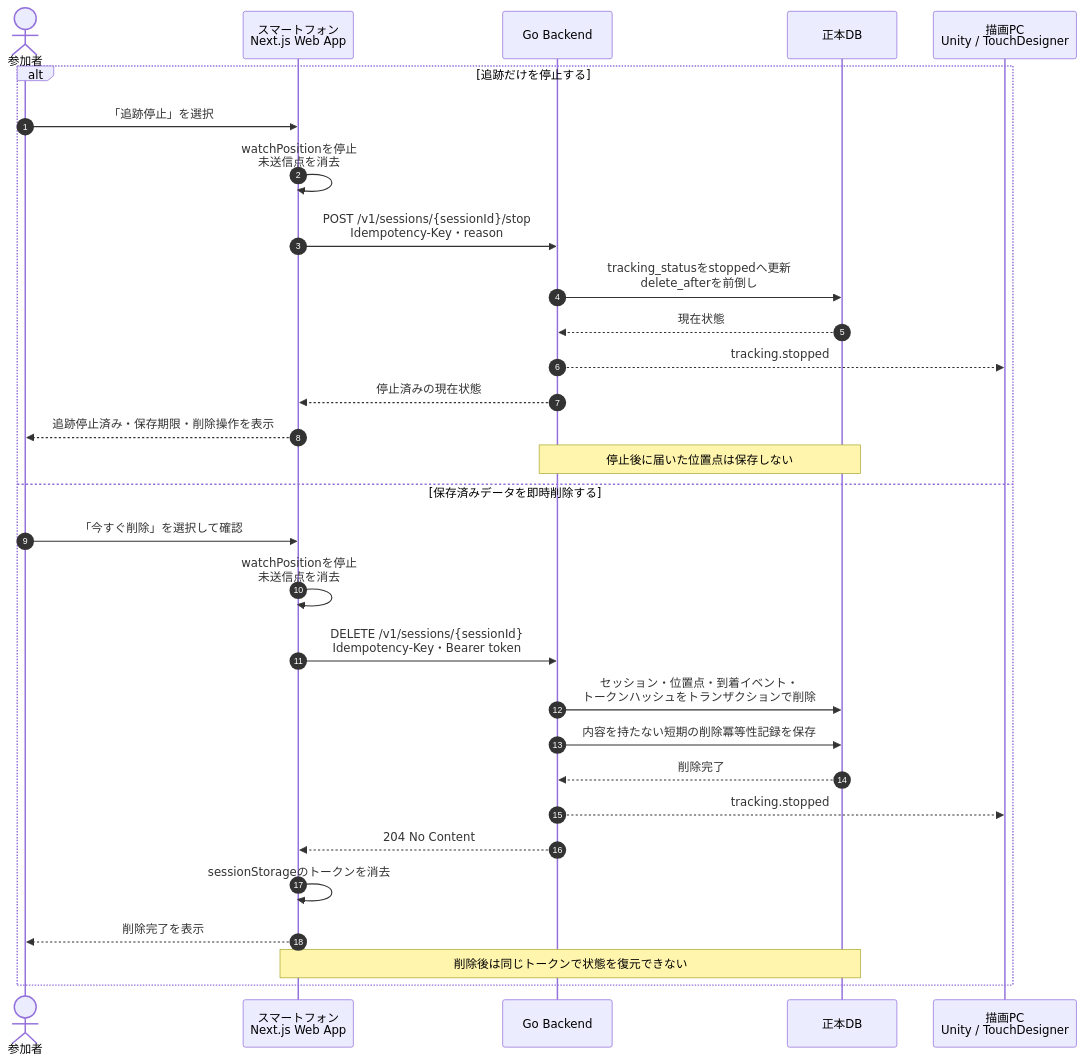
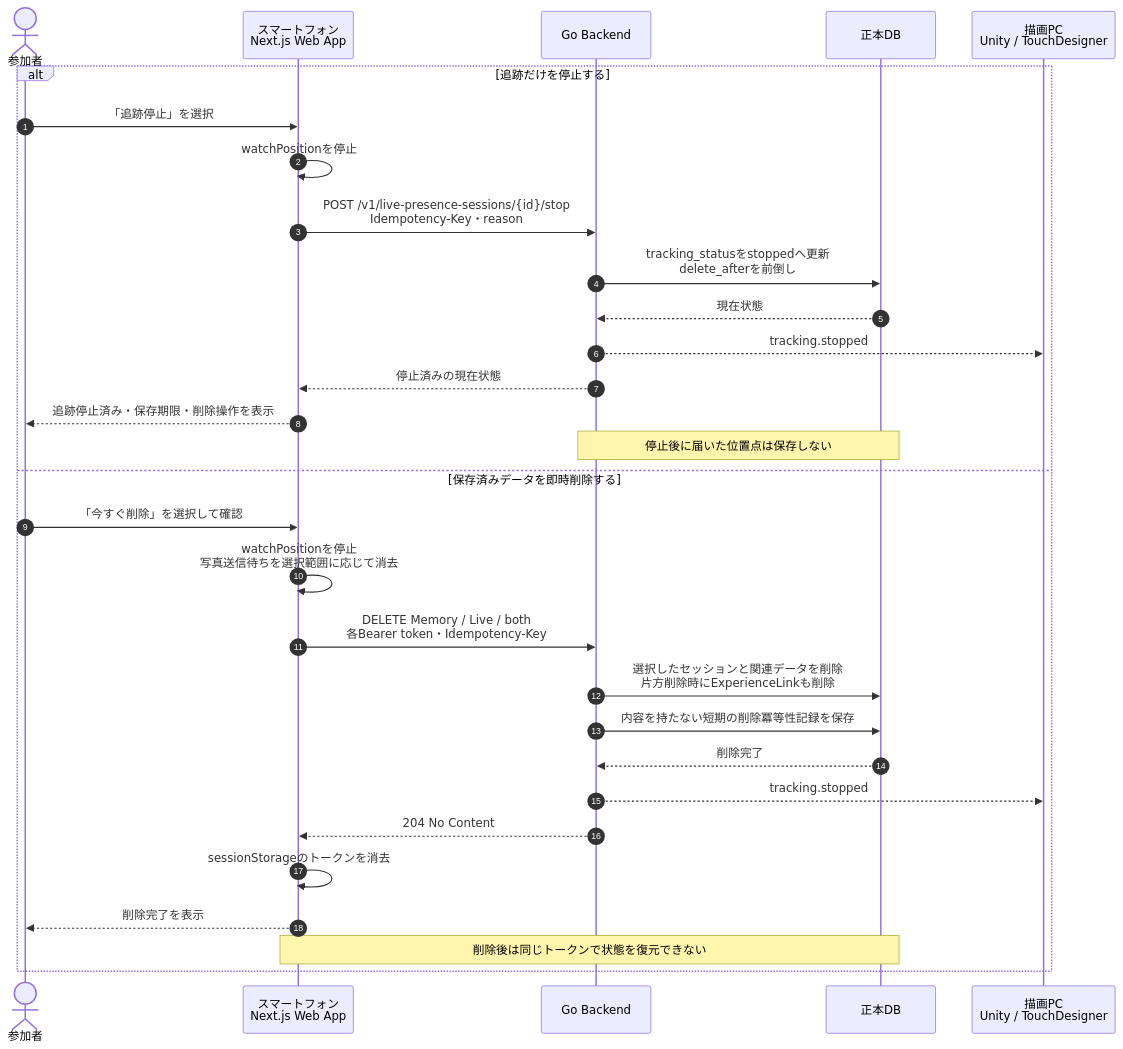
One commit to Mino829/trace-campus-installation changed the fifth of 6 diagrams in docs/uml-diagrams.md. Above: the diagram before and after it, drawn with Mermaid. The commit also changed other lines of this file and 17 other files, not shown here.

````diff
--- a/docs/uml-diagrams.md
+++ b/docs/uml-diagrams.md
@@ -314,33 +319,33 @@
 ```mermaid
 sequenceDiagram
     autonumber
     actor User as 参加者
     participant Browser as スマートフォン<br/>Next.js Web App
     participant API as Go Backend
     participant DB as 正本DB
     participant Renderer as 描画PC<br/>Unity / TouchDesigner
 
     alt 追跡だけを停止する
         User->>Browser: 「追跡停止」を選択
-        Browser->>Browser: watchPositionを停止<br/>未送信点を消去
-        Browser->>API: POST /v1/sessions/{sessionId}/stop<br/>Idempotency-Key・reason
+        Browser->>Browser: watchPositionを停止
+        Browser->>API: POST /v1/live-presence-sessions/{id}/stop<br/>Idempotency-Key・reason
         API->>DB: tracking_statusをstoppedへ更新<br/>delete_afterを前倒し
         DB-->>API: 現在状態
         API-->>Renderer: tracking.stopped
         API-->>Browser: 停止済みの現在状態
         Browser-->>User: 追跡停止済み・保存期限・削除操作を表示
         Note over API,DB: 停止後に届いた位置点は保存しない
     else 保存済みデータを即時削除する
         User->>Browser: 「今すぐ削除」を選択して確認
-        Browser->>Browser: watchPositionを停止<br/>未送信点を消去
-        Browser->>API: DELETE /v1/sessions/{sessionId}<br/>Idempotency-Key・Bearer token
-        API->>DB: セッション・位置点・到着イベント・<br/>トークンハッシュをトランザクションで削除
+        Browser->>Browser: watchPositionを停止<br/>写真送信待ちを選択範囲に応じて消去
+        Browser->>API: DELETE Memory / Live / both<br/>各Bearer token・Idempotency-Key
+        API->>DB: 選択したセッションと関連データを削除<br/>片方削除時にExperienceLinkも削除
         API->>DB: 内容を持たない短期の削除冪等性記録を保存
         DB-->>API: 削除完了
         API-->>Renderer: tracking.stopped
         API-->>Browser: 204 No Content
         Browser->>Browser: sessionStorageのトークンを消去
         Browser-->>User: 削除完了を表示
         Note over Browser,DB: 削除後は同じトークンで状態を復元できない
     end
 ```
````
